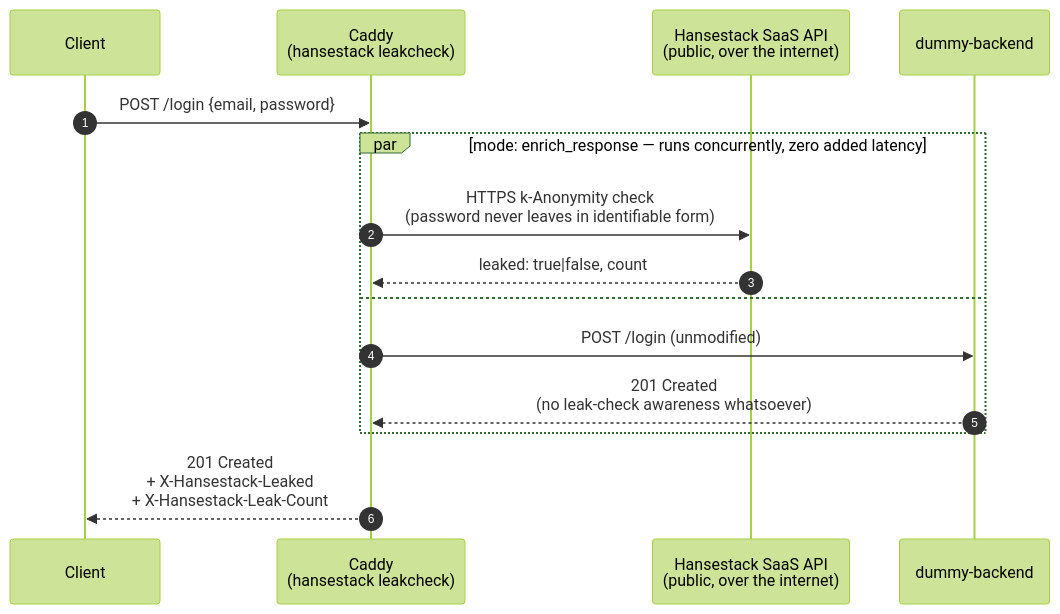
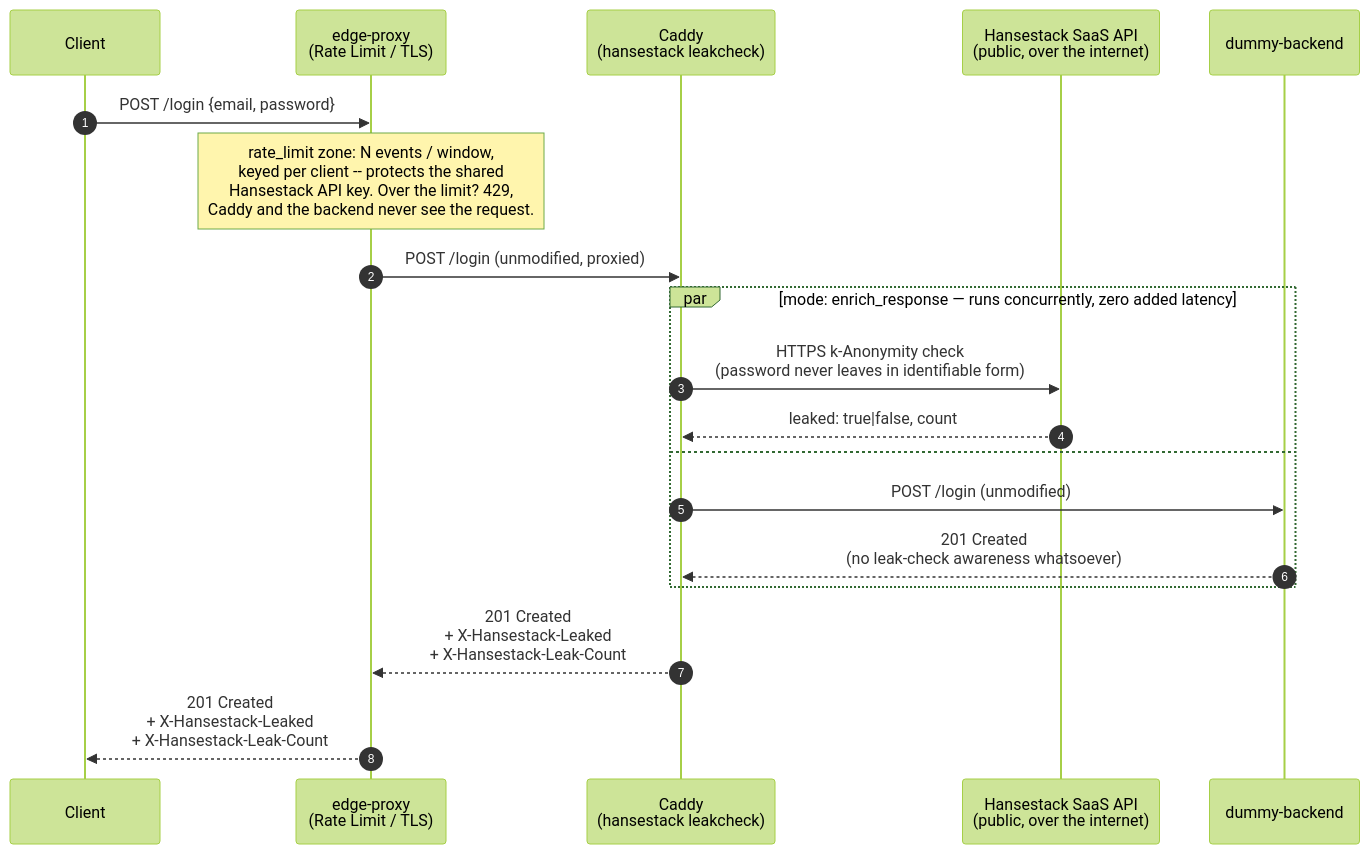
One commit to hansestack/leakcheck-caddy-demo changed the diagram in README.md. Above: the diagram before and after it, drawn with Mermaid (forest theme). The commit also changed other lines of this file and 5 other files, not shown here.

````diff
--- a/README.md
+++ b/README.md
@@ -15,20 +15,24 @@
 ```mermaid
 sequenceDiagram
     autonumber
     participant Client
+    participant Edge as edge-proxy<br/>(Rate Limit / TLS)
     participant Caddy as Caddy<br/>(hansestack leakcheck)
     participant API as Hansestack SaaS API<br/>(public, over the internet)
     participant Backend as dummy-backend
 
-    Client->>Caddy: POST /login {email, password}
+    Client->>Edge: POST /login {email, password}
+    Note over Edge: rate_limit zone: N events / window,<br/>keyed per client -- protects the shared<br/>Hansestack API key. Over the limit? 429,<br/>Caddy and the backend never see the request.
+    Edge->>Caddy: POST /login (unmodified, proxied)
 
     par mode: enrich_response — runs concurrently, zero added latency
         Caddy->>API: HTTPS k-Anonymity check<br/>(password never leaves in identifiable form)
         API-->>Caddy: leaked: true|false, count
     and
         Caddy->>Backend: POST /login (unmodified)
         Backend-->>Caddy: 201 Created<br/>(no leak-check awareness whatsoever)
     end
 
-    Caddy-->>Client: 201 Created<br/>+ X-Hansestack-Leaked<br/>+ X-Hansestack-Leak-Count
+    Caddy-->>Edge: 201 Created<br/>+ X-Hansestack-Leaked<br/>+ X-Hansestack-Leak-Count
+    Edge-->>Client: 201 Created<br/>+ X-Hansestack-Leaked<br/>+ X-Hansestack-Leak-Count
 ```
````
